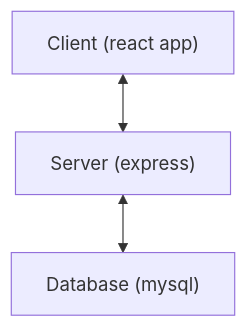
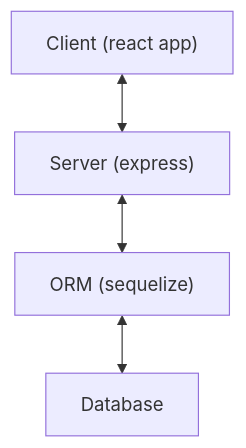
One commit to aabols/latvian-tools changed the first of 2 diagrams in README.md. Above: the diagram before and after it, drawn with Mermaid. The commit also changed other lines of this file and 9 other files, not shown here.

```diff
--- a/README.md
+++ b/README.md
@@ -5,5 +5,5 @@
 :::mermaid
 flowchart
 
-client["Client (react app)"] <--> server["Server (express)"] <--> db["Database (mysql)"]
+client["Client (react app)"] <--> server["Server (express)"] <--> orm["ORM (sequelize)"] <--> db["Database"]
 :::
```
